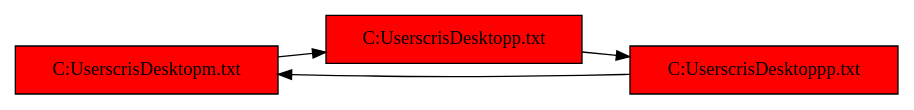
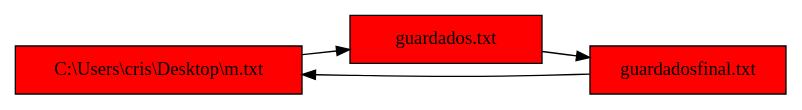
One commit to ChrisUSAC/EDD_1S2020_P1_201709272 changed the diagram in uedit/ReporteArchivos.dot. Above: the diagram before and after it, drawn with Graphviz. The commit also changed 17 other files, not shown here.

```diff
--- a/uedit/ReporteArchivos.dot
+++ b/uedit/ReporteArchivos.dot
@@ -1,13 +1,13 @@
 digraph G{ 
 rankdir=LR 
 node[ shape = box] 
-0[label = "C:\Users\cris\Desktop\m.txt
+0[label = "C:\\Users\\cris\\Desktop\\m.txt
 " width=2.0 , fillcolor=red ,style = filled]; 
-1[label = "C:\Users\cris\Desktop\p.txt
+1[label = "guardados\.txt
 " width=2.0 , fillcolor=red ,style = filled]; 
-2[label = "C:\Users\cris\Desktop\pp.txt
+2[label = "guardados\final.txt
 " width=2.0 , fillcolor=red ,style = filled]; 
 0 -> 1 
 1 -> 2 
 2 -> 0 
 }
```
